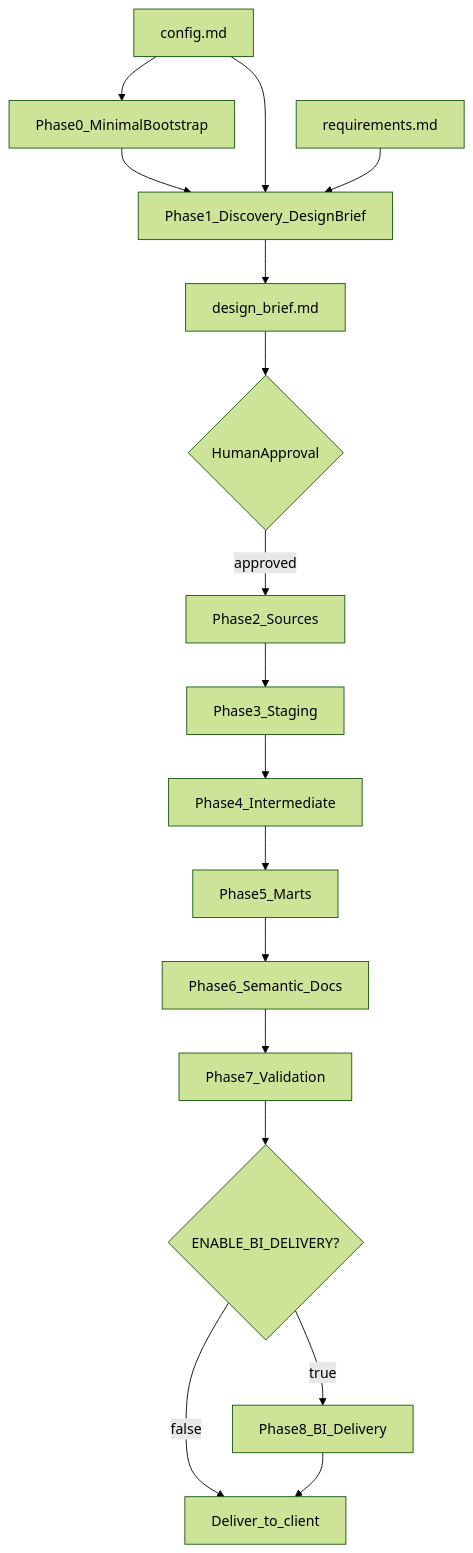
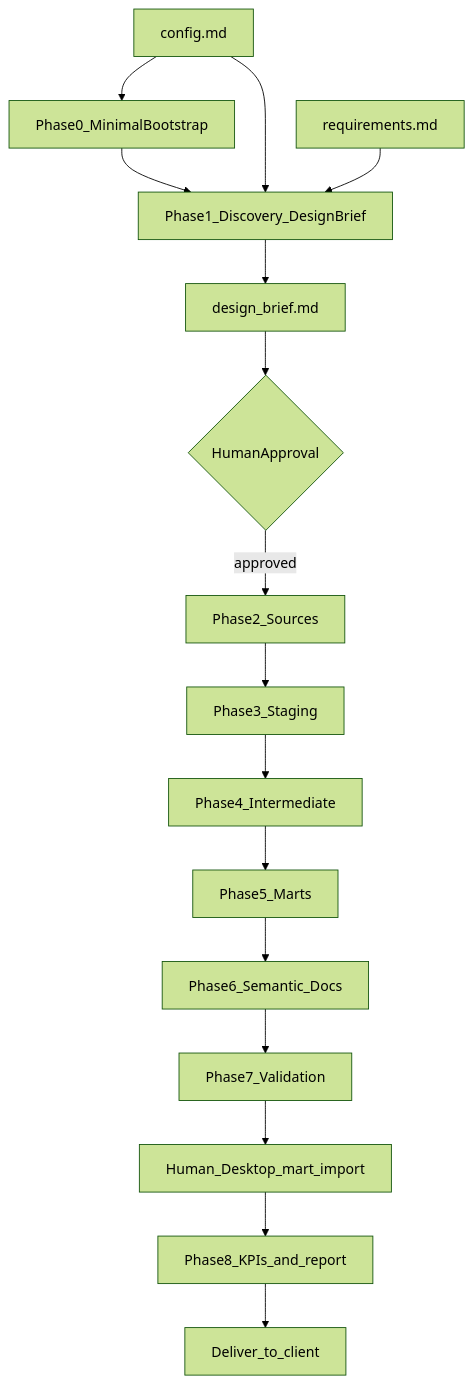
The first of 2 diagrams in dbt_ai_agent_prompts_generalized.md (Zahid-Abbas-Ali-Baig/dbt-ai-guide), drawn with Mermaid (forest theme) before and after one commit. The commit also changed other lines of this file and 3 other files, not shown here.

````diff
--- a/dbt_ai_agent_prompts_generalized.md
+++ b/dbt_ai_agent_prompts_generalized.md
@@ -25,32 +26,31 @@
 ```mermaid
 flowchart TD
     ConfigMd[config.md]
     ReqDoc[requirements.md]
     BriefDoc[design_brief.md]
     Phase0[Phase0_MinimalBootstrap]
     Phase1[Phase1_Discovery_DesignBrief]
     Gate{HumanApproval}
     Phase2[Phase2_Sources]
     Phase3[Phase3_Staging]
     Phase4[Phase4_Intermediate]
     Phase5[Phase5_Marts]
     Phase6[Phase6_Semantic_Docs]
     Phase7[Phase7_Validation]
 
     ConfigMd --> Phase0
     Phase0 --> Phase1
     ConfigMd --> Phase1
     ReqDoc --> Phase1
     Phase1 --> BriefDoc
     BriefDoc --> Gate
     Gate -->|approved| Phase2
     Phase2 --> Phase3
     Phase3 --> Phase4
     Phase4 --> Phase5
     Phase5 --> Phase6
     Phase6 --> Phase7
-    Phase7 --> Phase8opt{ENABLE_BI_DELIVERY?}
-    Phase8opt -->|true| Phase8[Phase8_BI_Delivery]
-    Phase8opt -->|false| Deliver[Deliver_to_client]
-    Phase8 --> Deliver
+    Phase7 --> HumanPBIP[Human_Desktop_mart_import]
+    HumanPBIP --> Phase8[Phase8_KPIs_and_report]
+    Phase8 --> Deliver[Deliver_to_client]
 ```
````
